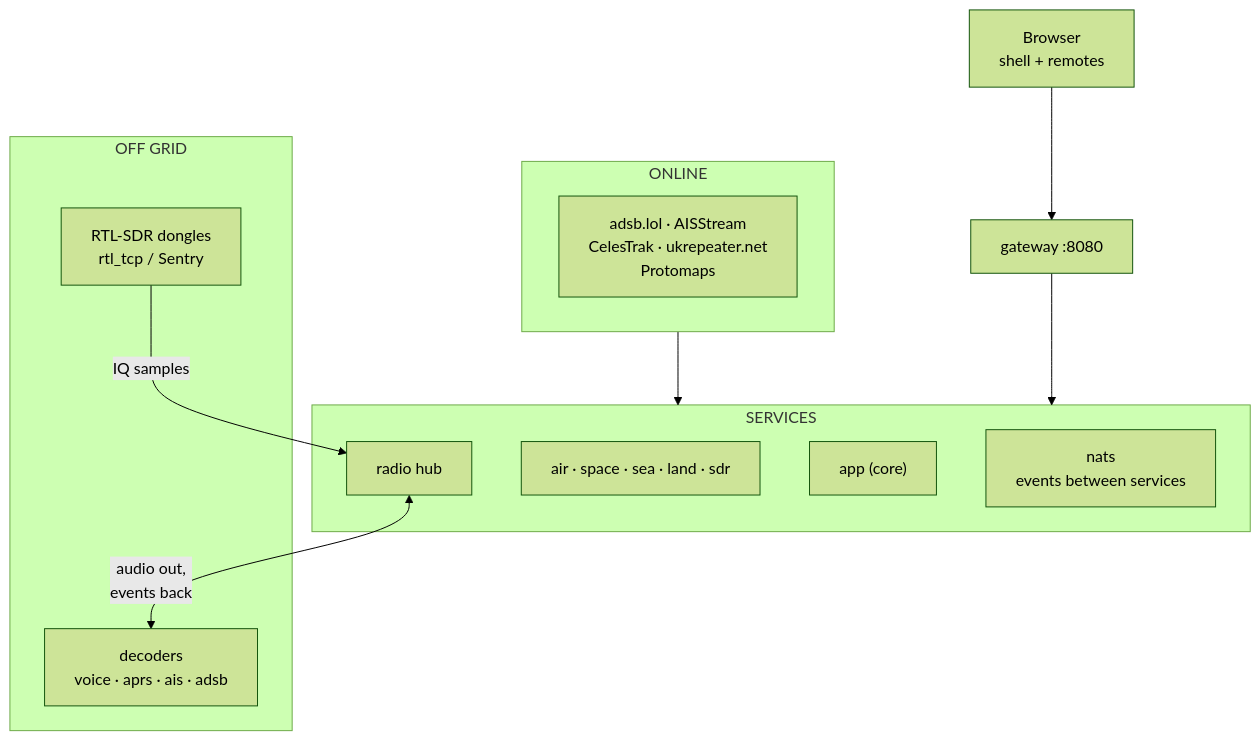
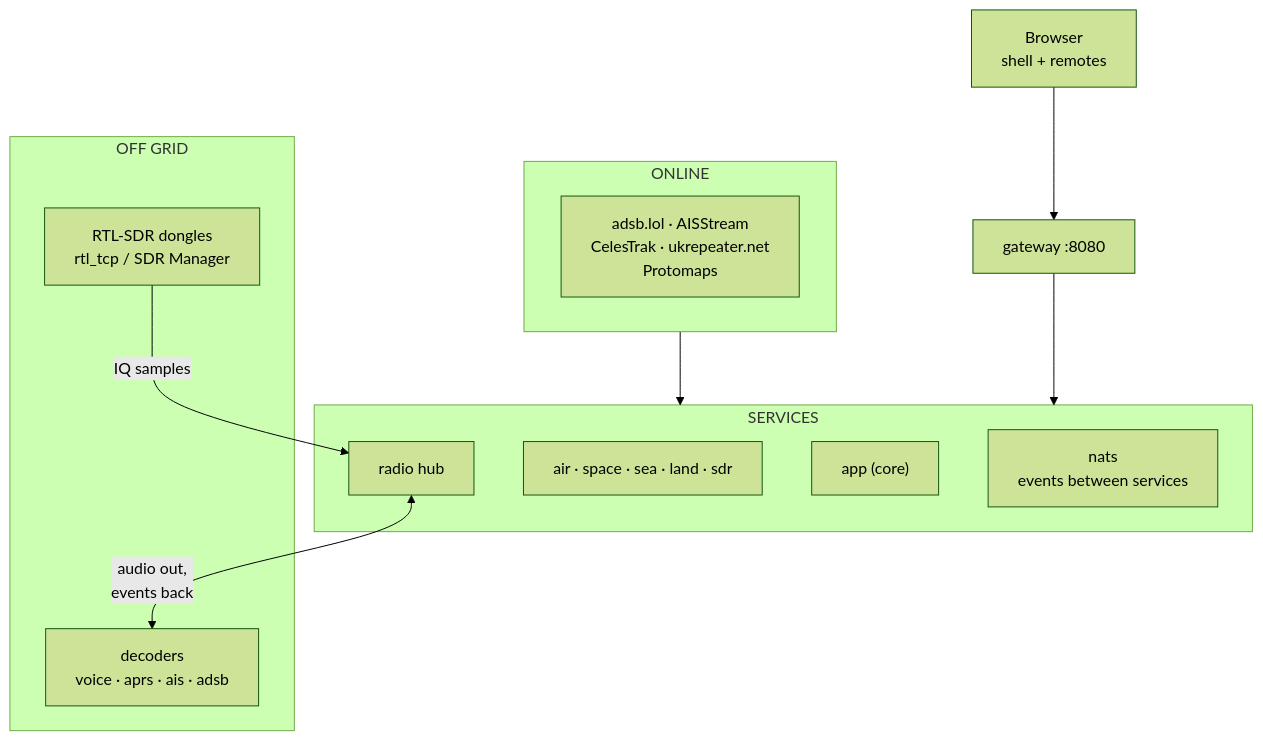
Before and after one commit to barrygee/Sentinel: the diagram in docs/architecture/overview.md, drawn with Mermaid (forest theme). The commit also changed 63 other files, not shown here.

First line of the commit message:
docs: SDR Manager guides and .env recipes

````diff
--- a/docs/architecture/overview.md
+++ b/docs/architecture/overview.md
@@ -16,23 +16,23 @@
 ```mermaid
 flowchart TB
     browser["Browser<br/>shell + remotes"] --> gateway["gateway :8080"]
     gateway --> services
     subgraph services["SERVICES"]
         app["app (core)"]
         sections["air · space · sea · land · sdr"]
         radio["radio hub"]
         nats["nats<br/>events between services"]
     end
     subgraph onlineFeeds["ONLINE"]
         feeds["adsb.lol · AISStream<br/>CelesTrak · ukrepeater.net<br/>Protomaps"]
     end
     onlineFeeds --> services
     subgraph offgridRadios["OFF GRID"]
-        dongles["RTL-SDR dongles<br/>rtl_tcp / Sentry"]
+        dongles["RTL-SDR dongles<br/>rtl_tcp / SDR Manager"]
         decoders["decoders<br/>voice · aprs · ais · adsb"]
     end
     dongles -- "IQ samples" --> radio
     radio <-- "audio out,<br/>events back" --> decoders
     class onlineFeeds online
     class offgridRadios offgrid
 ```
````
